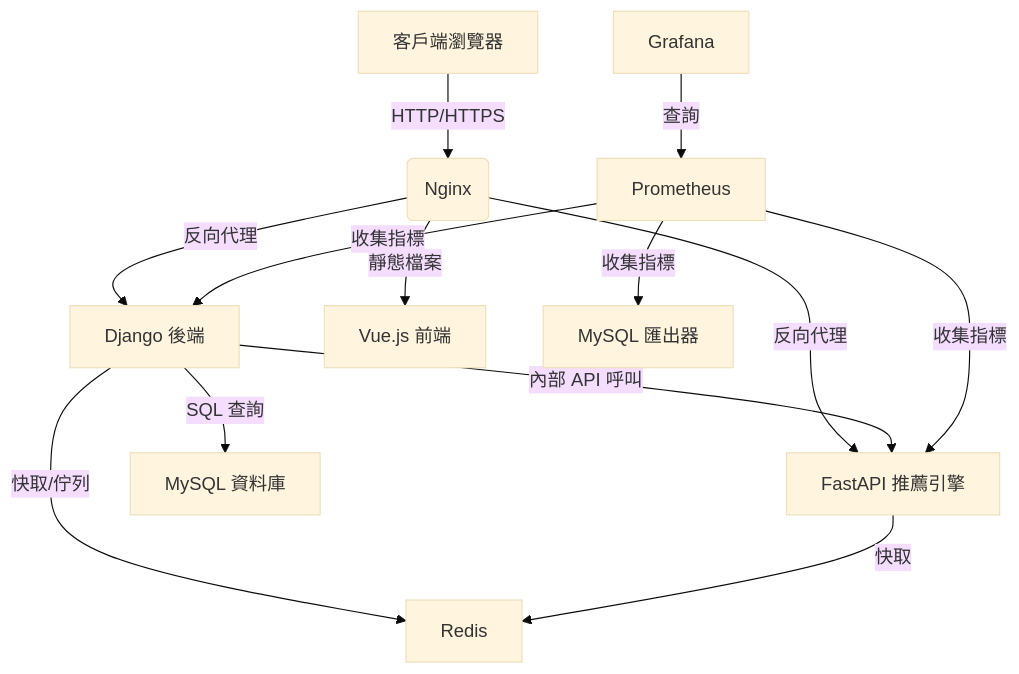
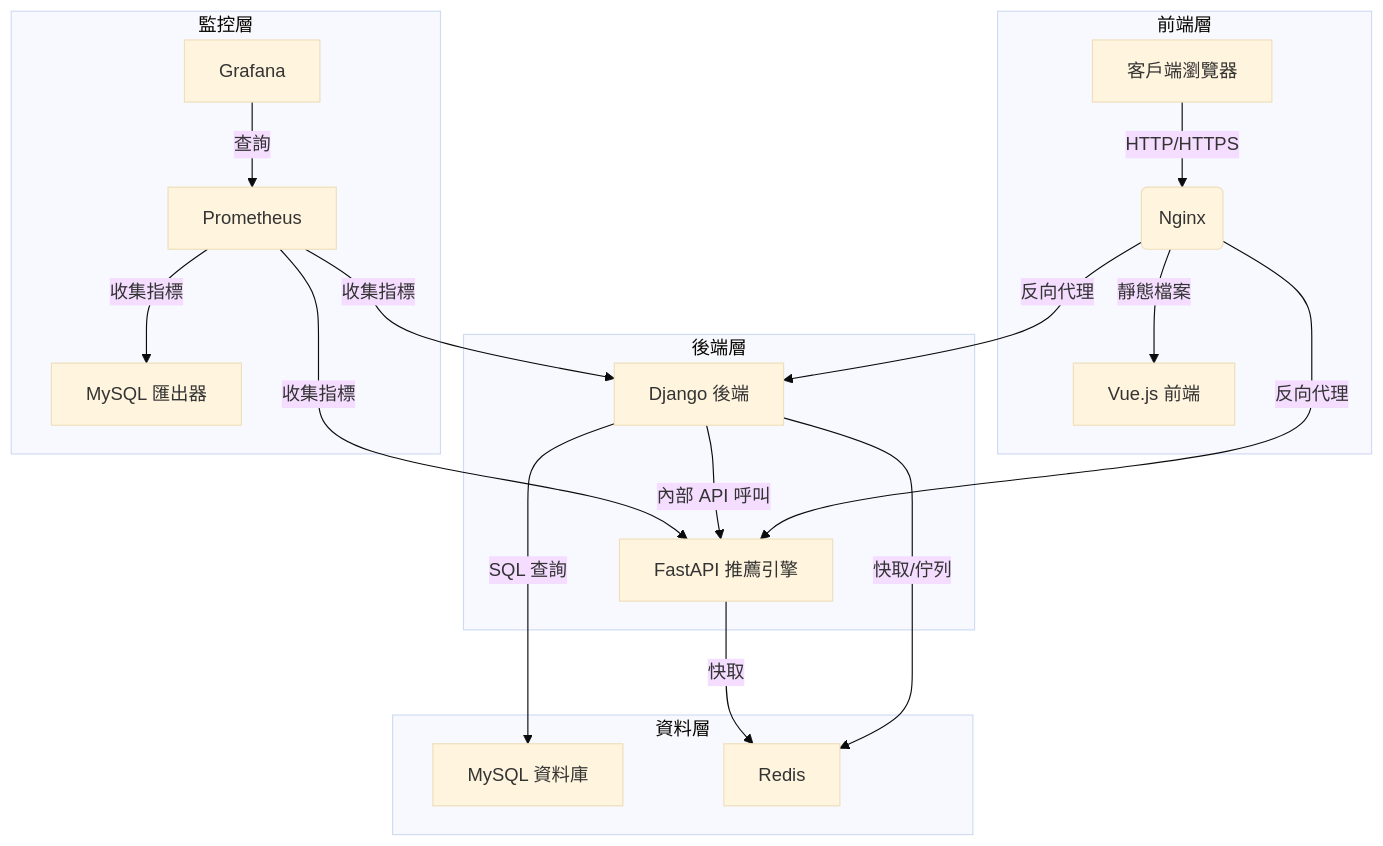
One commit to BpsEason/booking-platform-django-fastapi changed the diagram in README.md. Above: the diagram before and after it, drawn with Mermaid (base theme).

````diff
--- a/README.md
+++ b/README.md
@@ -11,15 +11,23 @@
 ```mermaid
 graph TD
-    A[客戶端瀏覽器] -->|HTTP/HTTPS| B(Nginx)
-    B -->|反向代理| C[Django 後端]
-    B -->|反向代理| D[FastAPI 推薦引擎]
-    B -->|靜態檔案| E[Vue.js 前端]
-    C -->|SQL 查詢| F[MySQL 資料庫]
-    C -->|快取/佇列| G[Redis]
-    D -->|快取| G
-    C -->|內部 API 呼叫| D
-    H[Prometheus] -->|收集指標| C
-    H -->|收集指標| D
-    H -->|收集指標| I[MySQL 匯出器]
-    J[Grafana] -->|查詢| H
+    subgraph 前端層
+        A[客戶端瀏覽器] -->|HTTP/HTTPS| B(Nginx)
+        B -->|靜態檔案| E[Vue.js 前端]
+    end
+    subgraph 後端層
+        B -->|反向代理| C[Django 後端]
+        B -->|反向代理| D[FastAPI 推薦引擎]
+        C -->|內部 API 呼叫| D
+    end
+    subgraph 資料層
+        C -->|SQL 查詢| F[MySQL 資料庫]
+        C -->|快取/佇列| G[Redis]
+        D -->|快取| G
+    end
+    subgraph 監控層
+        H[Prometheus] -->|收集指標| C
+        H -->|收集指標| D
+        H -->|收集指標| I[MySQL 匯出器]
+        J[Grafana] -->|查詢| H
+    end
 ```
````
